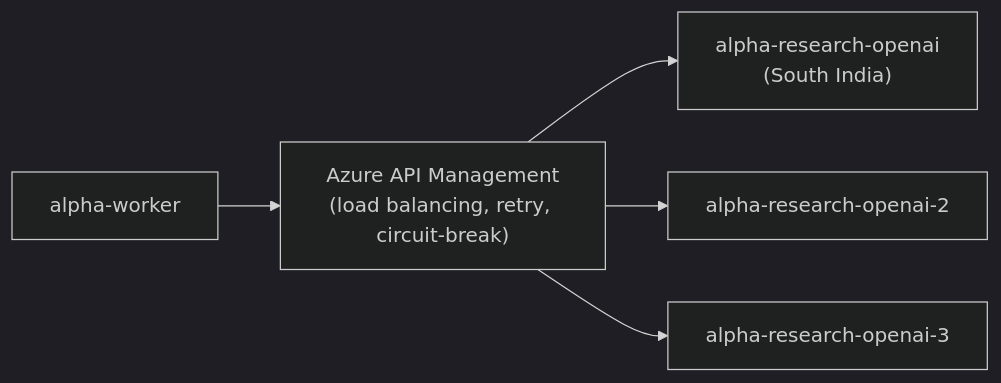
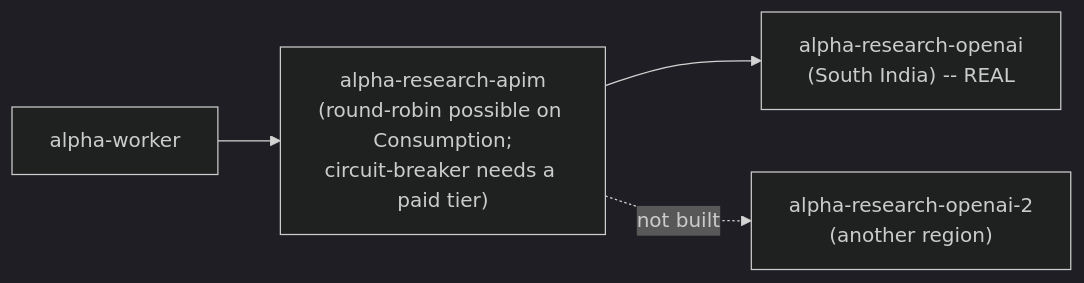
One commit to jovinod/agenticAI changed the fifth of 5 diagrams in book/chapter-05-multi-agent.md. Above: the diagram before and after it, drawn with Mermaid (dark theme). The commit also changed other lines of this file and 3 other files, not shown here.

````diff
--- a/book/chapter-05-multi-agent.md
+++ b/book/chapter-05-multi-agent.md
@@ -273,7 +278,6 @@
 ```mermaid
 flowchart LR
-    Worker["alpha-worker"] --> APIM["Azure API Management<br/>(load balancing, retry, circuit-break)"]
-    APIM --> A["alpha-research-openai<br/>(South India)"]
-    APIM --> B["alpha-research-openai-2"]
-    APIM --> C["alpha-research-openai-3"]
+    Worker["alpha-worker"] --> APIM["alpha-research-apim<br/>(round-robin possible on Consumption;<br/>circuit-breaker needs a paid tier)"]
+    APIM --> A["alpha-research-openai<br/>(South India) -- REAL"]
+    APIM -.->|"not built"| B["alpha-research-openai-2<br/>(another region)"]
 ```
````
